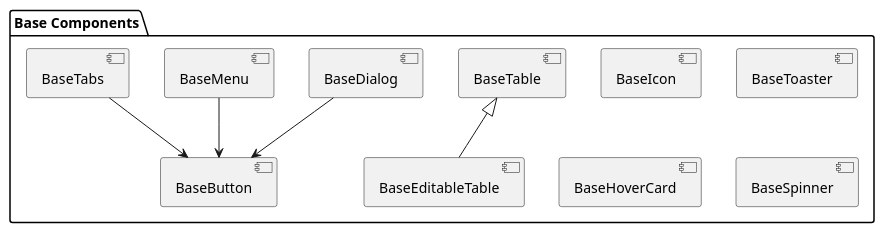
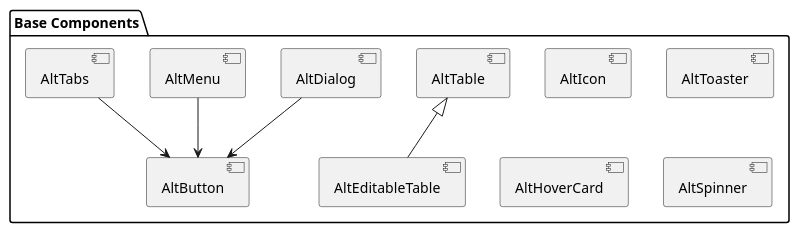
Before and after one commit to vuesence/alt-ui: the diagram in docs/components/base-components.md, drawn with PlantUML. The commit also changed other lines of this file and 53 other files, not shown here.

Commit message:
Refactor components in Alt-UI library to replace 'Base' prefix with 'Alt' for consistency. Update documentation and examples accordingly, including changes to button, input, dialog, and form components. Enhance overall clarity and usability of the library.

````diff
--- a/docs/components/base-components.md
+++ b/docs/components/base-components.md
@@ -215,21 +215,21 @@
 ```plantuml
 @startuml
 package "Base Components" {
-  [BaseButton]
-  [BaseIcon]
-  [BaseDialog]
-  [BaseTable]
-  [BaseEditableTable]
-  [BaseToaster]
-  [BaseMenu]
-  [BaseTabs]
-  [BaseHoverCard]
-  [BaseSpinner]
+  [AltButton]
+  [AltIcon]
+  [AltDialog]
+  [AltTable]
+  [AltEditableTable]
+  [AltToaster]
+  [AltMenu]
+  [AltTabs]
+  [AltHoverCard]
+  [AltSpinner]
 }
 
-[BaseTable] <|-- [BaseEditableTable]
-[BaseDialog] --> [BaseButton]
-[BaseMenu] --> [BaseButton]
-[BaseTabs] --> [BaseButton]
+[AltTable] <|-- [AltEditableTable]
+[AltDialog] --> [AltButton]
+[AltMenu] --> [AltButton]
+[AltTabs] --> [AltButton]
 @enduml
 ```
````
